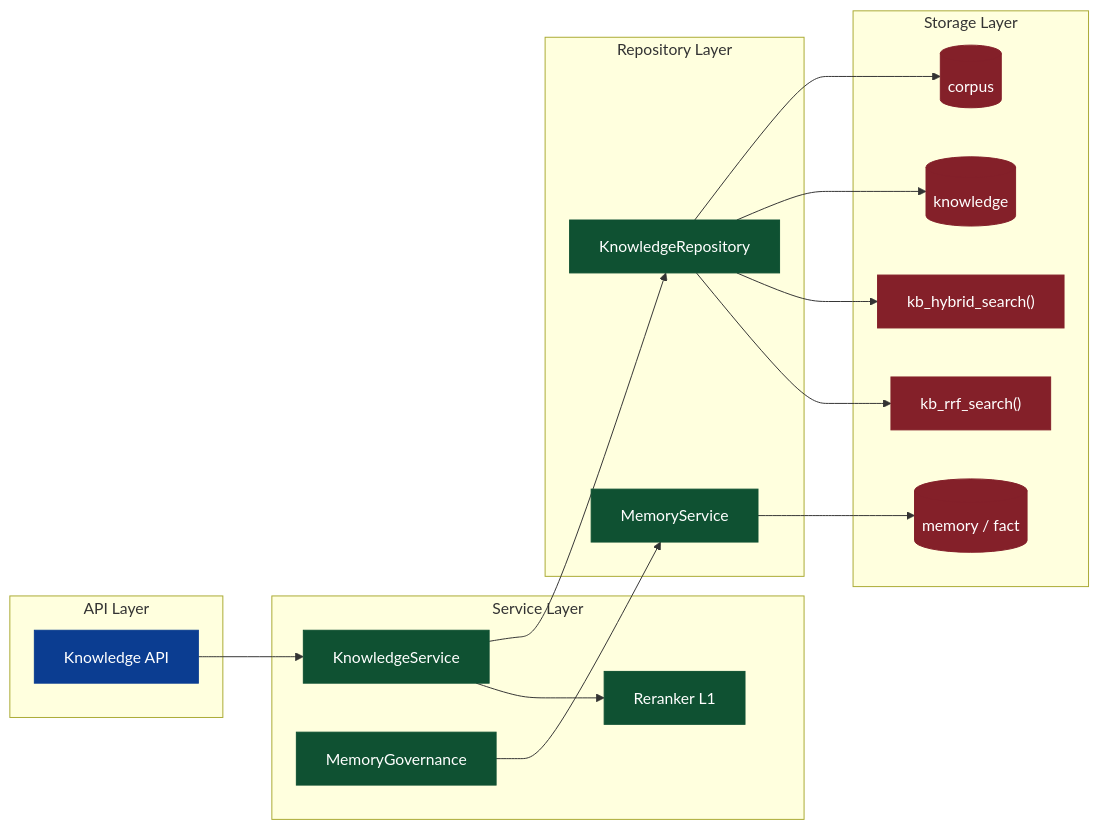
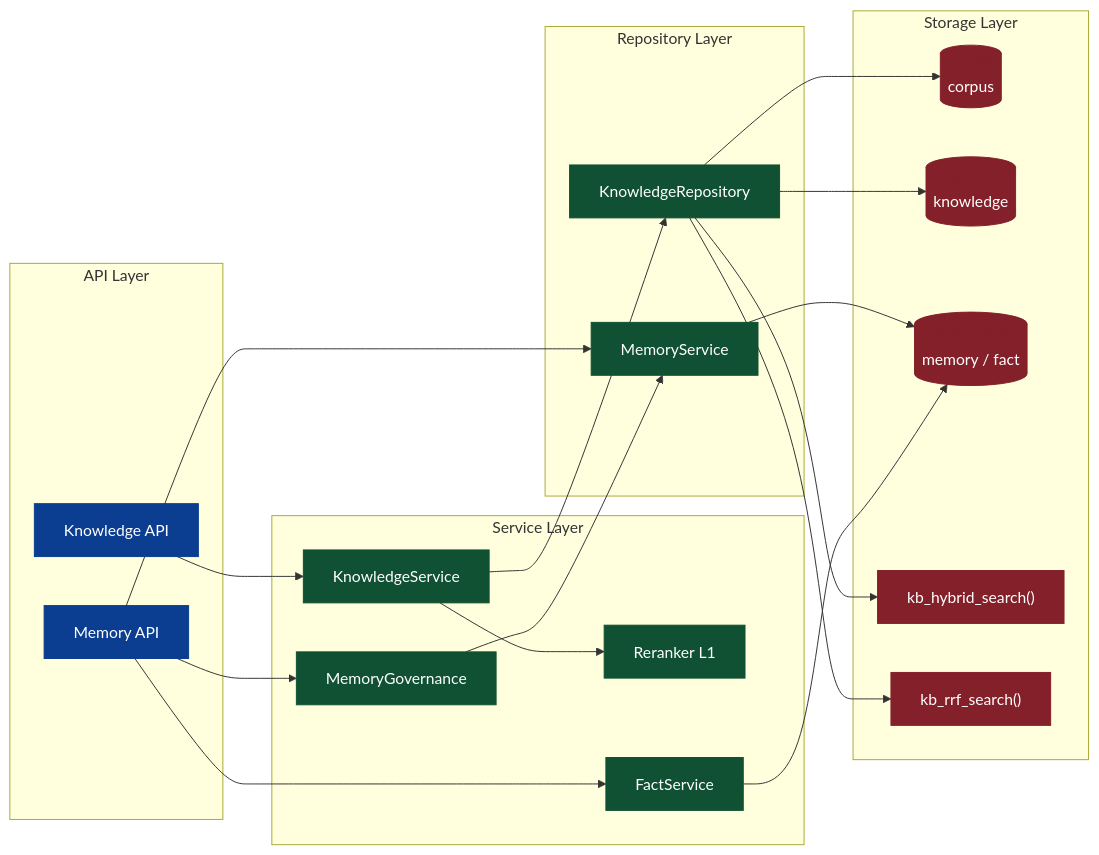
Before and after one commit to ThreeFish-AI/negentropy: the first of 3 diagrams in docs/knowledges.md, drawn with Mermaid. The commit also changed 4 other files, not shown here.

````diff
--- a/docs/knowledges.md
+++ b/docs/knowledges.md
@@ -44,43 +44,47 @@
 ```mermaid
 %%{init: {"themeVariables": {"primaryColor": "#0b3d91", "primaryTextColor": "#ffffff", "primaryBorderColor": "#0b3d91", "secondaryColor": "#0f5132", "secondaryTextColor": "#ffffff", "secondaryBorderColor": "#0f5132", "tertiaryColor": "#842029", "tertiaryTextColor": "#ffffff", "tertiaryBorderColor": "#842029"}}}%%
 flowchart LR
   subgraph API[API Layer]
     KAPI[Knowledge API]
+    MAPI[Memory API]
   end
 
   subgraph Service[Service Layer]
     KSvc[KnowledgeService]
     Rerank[Reranker L1]
     MGov[MemoryGovernance]
+    FSvc[FactService]
   end
 
   subgraph Repo[Repository Layer]
     KRepo[KnowledgeRepository]
     MemSvc[MemoryService]
   end
 
   subgraph Storage[Storage Layer]
     Corpus[(corpus)]
     Knowledge[(knowledge)]
     Memory[(memory / fact)]
     HybridFn["kb_hybrid_search()"]
     RRFFn["kb_rrf_search()"]
   end
 
   KAPI --> KSvc --> KRepo --> Corpus
   KSvc --> Rerank
   KRepo --> Knowledge
   KRepo --> HybridFn
   KRepo --> RRFFn
-  MGov --> MemSvc --> Memory
+  MAPI --> MGov --> MemSvc --> Memory
+  MAPI --> FSvc --> Memory
+  MAPI --> MemSvc
 
   classDef api fill:#0b3d91,stroke:#0b3d91,color:#ffffff;
   classDef svc fill:#0f5132,stroke:#0f5132,color:#ffffff;
   classDef repo fill:#0f5132,stroke:#0f5132,color:#ffffff;
   classDef store fill:#842029,stroke:#842029,color:#ffffff;
 
-  class KAPI api
-  class KSvc,Rerank,MGov svc
+  class KAPI,MAPI api
+  class KSvc,Rerank,MGov,FSvc svc
   class KRepo,MemSvc repo
   class Corpus,Knowledge,Memory,HybridFn,RRFFn store
 ```
````
